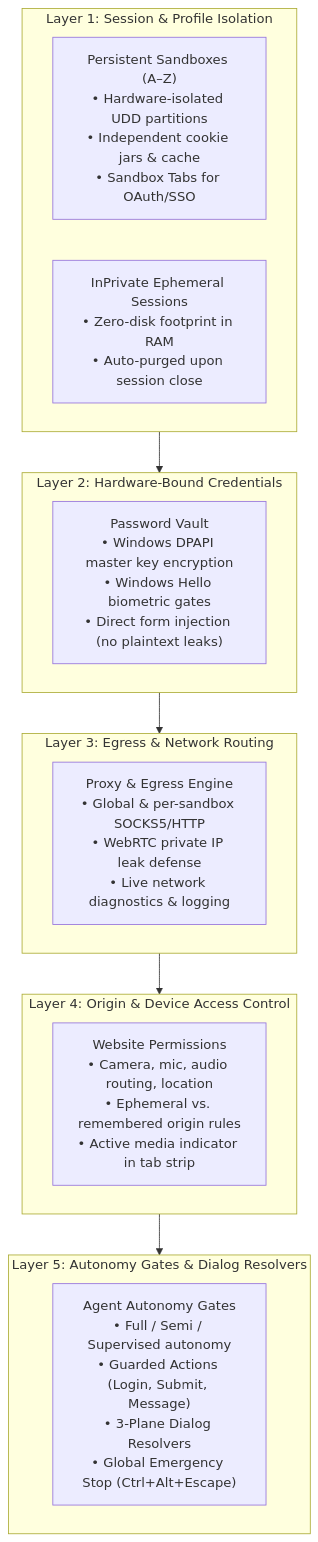
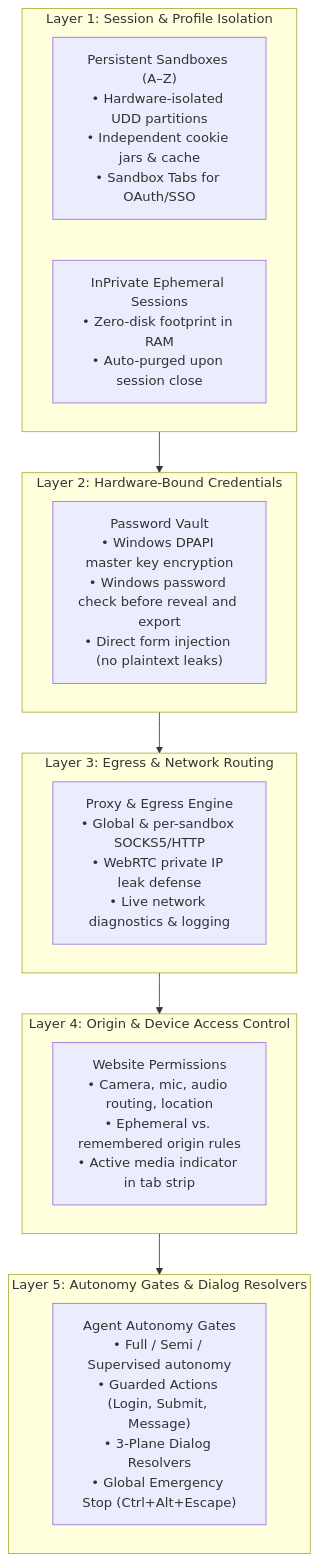
Before and after one commit to joelaniol/nova: the diagram in docs/user-guide/identity-and-security/README.md, drawn with Mermaid. The commit also changed other lines of this file and 4 other files, not shown here.

Commit message:
docs: the password vault check is the Windows password prompt, not Windows Hello

````diff
--- a/docs/user-guide/identity-and-security/README.md
+++ b/docs/user-guide/identity-and-security/README.md
@@ -12,28 +12,28 @@
 ```mermaid
 flowchart TD
     subgraph Layer1 ["Layer 1: Session & Profile Isolation"]
         Sandboxes["Persistent Sandboxes (A–Z)<br/>• Hardware-isolated UDD partitions<br/>• Independent cookie jars & cache<br/>• Sandbox Tabs for OAuth/SSO"]
         InPrivate["InPrivate Ephemeral Sessions<br/>• Zero-disk footprint in RAM<br/>• Auto-purged upon session close"]
     end
 
     subgraph Layer2 ["Layer 2: Hardware-Bound Credentials"]
-        DpapiVault["Password Vault<br/>• Windows DPAPI master key encryption<br/>• Windows Hello biometric gates<br/>• Direct form injection (no plaintext leaks)"]
+        DpapiVault["Password Vault<br/>• Windows DPAPI master key encryption<br/>• Windows password check before reveal and export<br/>• Direct form injection (no plaintext leaks)"]
     end
 
     subgraph Layer3 ["Layer 3: Egress & Network Routing"]
         ProxyEngine["Proxy & Egress Engine<br/>• Global & per-sandbox SOCKS5/HTTP<br/>• WebRTC private IP leak defense<br/>• Live network diagnostics & logging"]
     end
 
     subgraph Layer4 ["Layer 4: Origin & Device Access Control"]
         WebPerms["Website Permissions<br/>• Camera, mic, audio routing, location<br/>• Ephemeral vs. remembered origin rules<br/>• Active media indicator in tab strip"]
     end
 
     subgraph Layer5 ["Layer 5: Autonomy Gates & Dialog Resolvers"]
         AAG["Agent Autonomy Gates<br/>• Full / Semi / Supervised autonomy<br/>• Guarded Actions (Login, Submit, Message)<br/>• 3-Plane Dialog Resolvers<br/>• Global Emergency Stop (Ctrl+Alt+Escape)"]
     end
 
     Layer1 --> Layer2
     Layer2 --> Layer3
     Layer3 --> Layer4
     Layer4 --> Layer5
 ```
````
